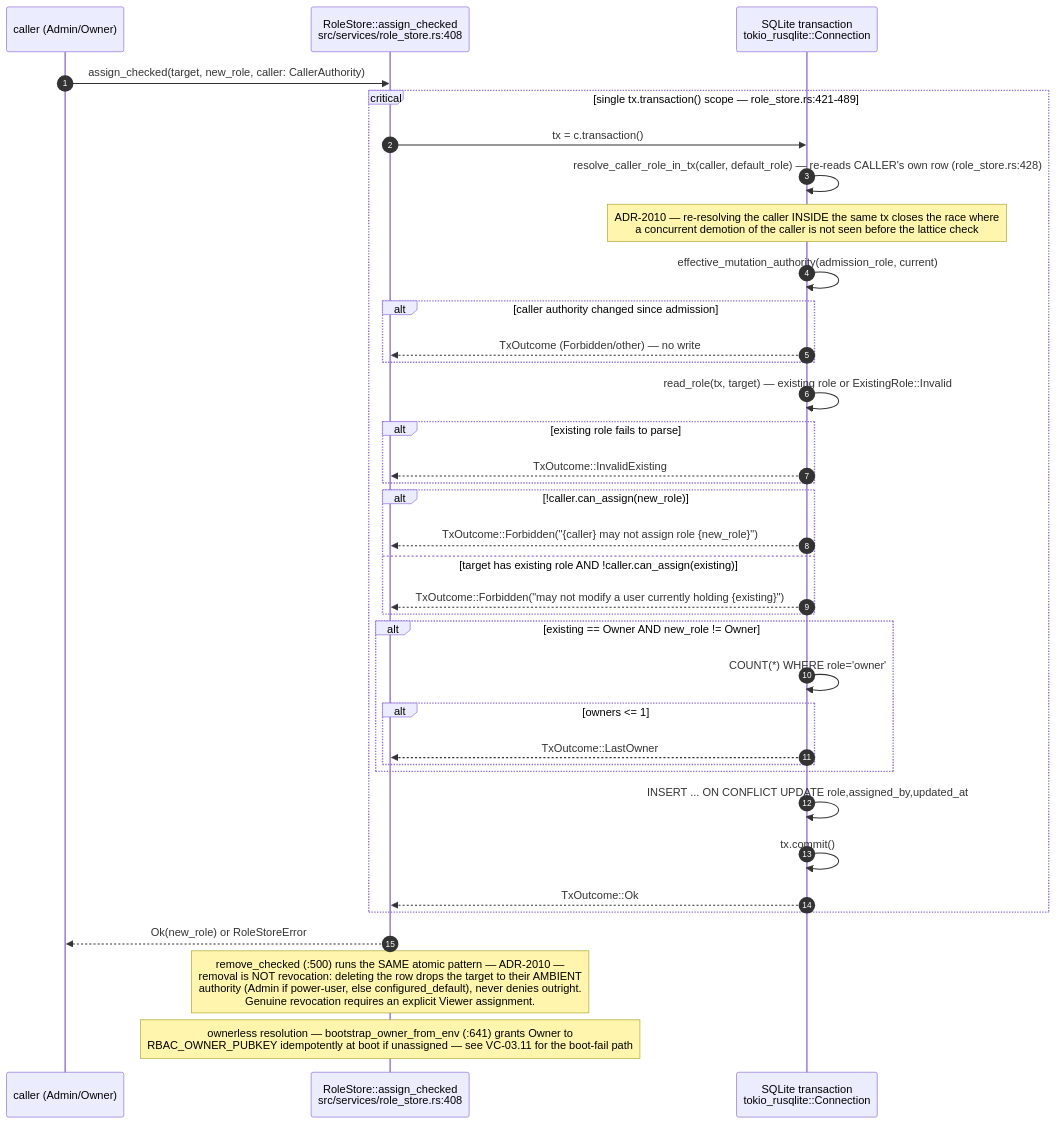
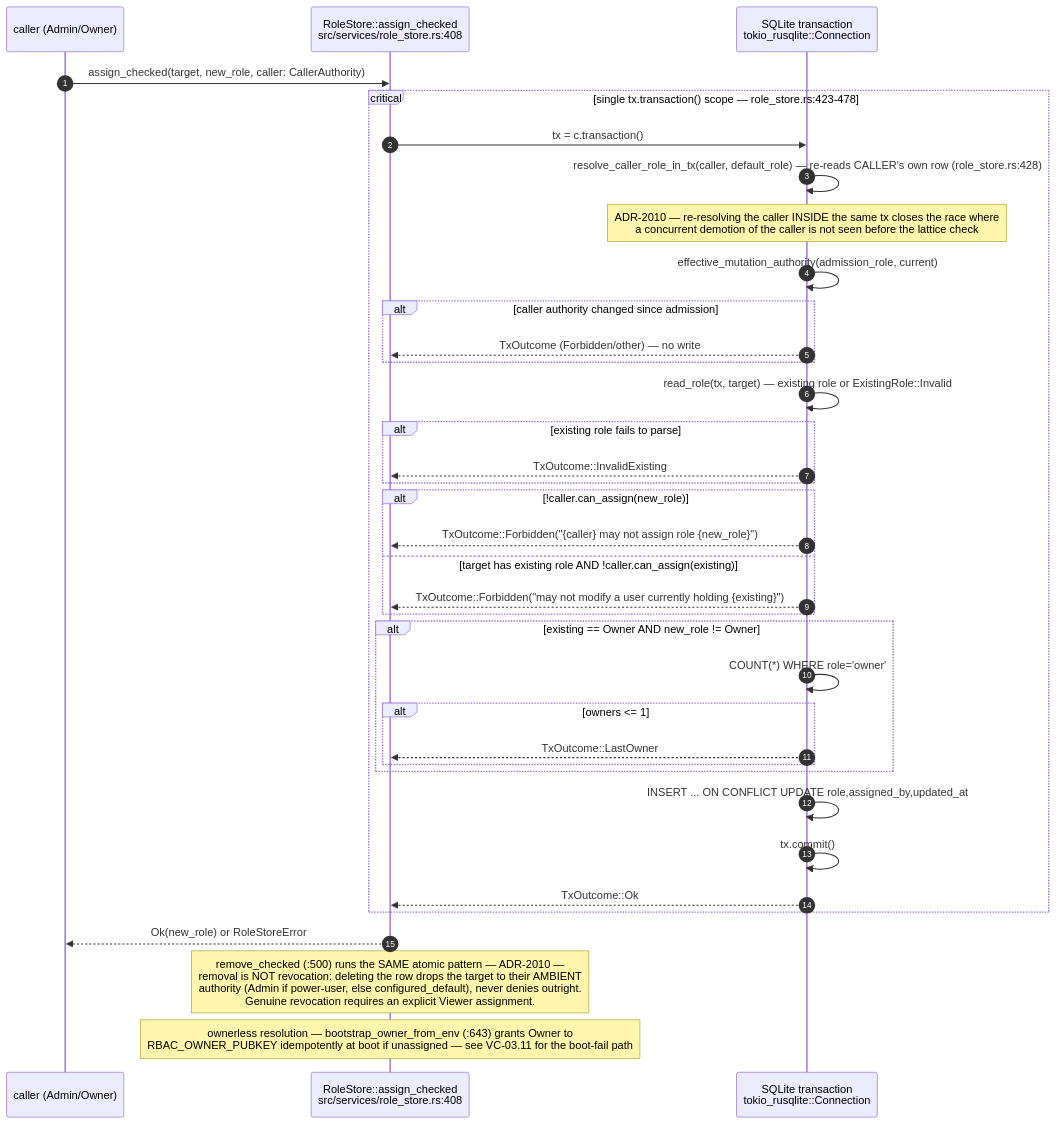
Before and after one commit to DreamLab-AI/VisionFlow: the eighth of 14 diagrams in docs/diagrams/visionclaw/03-request-lifecycle-and-rbac.md, drawn with Mermaid. The commit also changed other lines of this file and 20 other files, not shown here.

Commit message:
docs(diagrams): reflect the S-3, S-7c/d/f and S-4(3) fixes in the corpus

````diff
--- a/docs/diagrams/visionclaw/03-request-lifecycle-and-rbac.md
+++ b/docs/diagrams/visionclaw/03-request-lifecycle-and-rbac.md
@@ -373,39 +407,39 @@
 ```mermaid
 sequenceDiagram
     autonumber
     participant C as caller (Admin/Owner)
     participant RS as RoleStore::assign_checked<br/>src/services/role_store.rs:408
     participant TX as SQLite transaction<br/>tokio_rusqlite::Connection
 
     C->>RS: assign_checked(target, new_role, caller: CallerAuthority)
-    critical single tx.transaction() scope — role_store.rs:421-489
+    critical single tx.transaction() scope — role_store.rs:423-478
         RS->>TX: tx = c.transaction()
         TX->>TX: resolve_caller_role_in_tx(caller, default_role) — re-reads CALLER's own row (role_store.rs:428)
         Note over TX: ADR-2010 — re-resolving the caller INSIDE the same tx closes the race where<br/>a concurrent demotion of the caller is not seen before the lattice check
         TX->>TX: effective_mutation_authority(admission_role, current)
         alt caller authority changed since admission
             TX-->>RS: TxOutcome (Forbidden/other) — no write
         end
         TX->>TX: read_role(tx, target) — existing role or ExistingRole::Invalid
         alt existing role fails to parse
             TX-->>RS: TxOutcome::InvalidExisting
         end
         alt !caller.can_assign(new_role)
             TX-->>RS: TxOutcome::Forbidden("{caller} may not assign role {new_role}")
         else target has existing role AND !caller.can_assign(existing)
             TX-->>RS: TxOutcome::Forbidden("may not modify a user currently holding {existing}")
         end
         alt existing == Owner AND new_role != Owner
             TX->>TX: COUNT(*) WHERE role='owner'
             alt owners <= 1
                 TX-->>RS: TxOutcome::LastOwner
             end
         end
         TX->>TX: INSERT ... ON CONFLICT UPDATE role,assigned_by,updated_at
         TX->>TX: tx.commit()
         TX-->>RS: TxOutcome::Ok
     end
     RS-->>C: Ok(new_role) or RoleStoreError
     Note over RS: remove_checked (:500) runs the SAME atomic pattern — ADR-2010 —<br/>removal is NOT revocation: deleting the row drops the target to their AMBIENT<br/>authority (Admin if power-user, else configured_default), never denies outright.<br/>Genuine revocation requires an explicit Viewer assignment.
-    Note over RS: ownerless resolution — bootstrap_owner_from_env (:641) grants Owner to<br/>RBAC_OWNER_PUBKEY idempotently at boot if unassigned — see VC-03.11 for the boot-fail path
+    Note over RS: ownerless resolution — bootstrap_owner_from_env (:643) grants Owner to<br/>RBAC_OWNER_PUBKEY idempotently at boot if unassigned — see VC-03.11 for the boot-fail path
 ```
````
